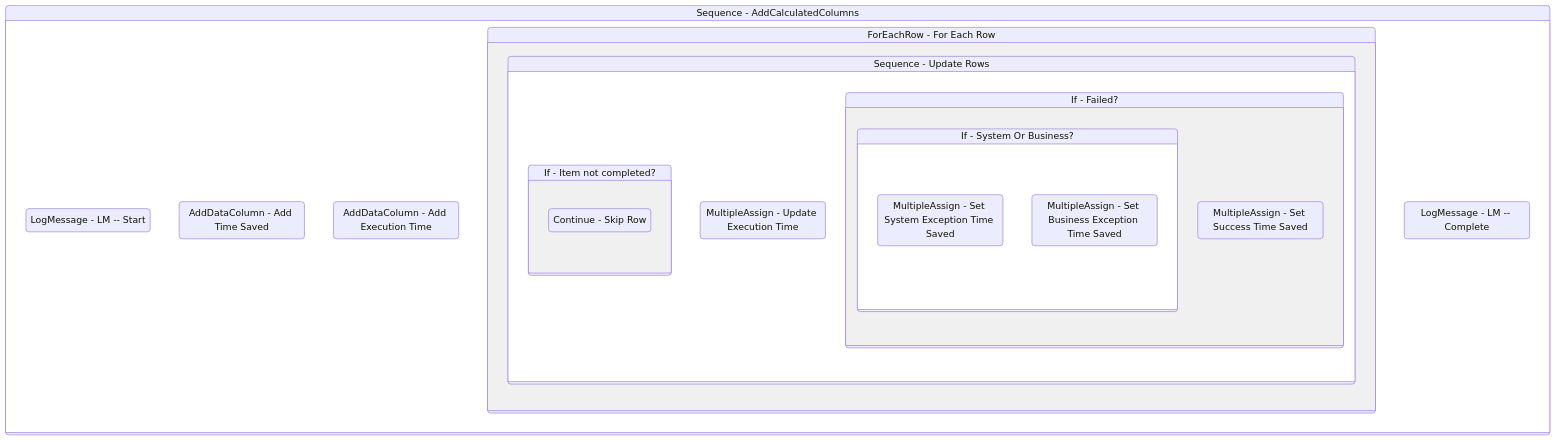
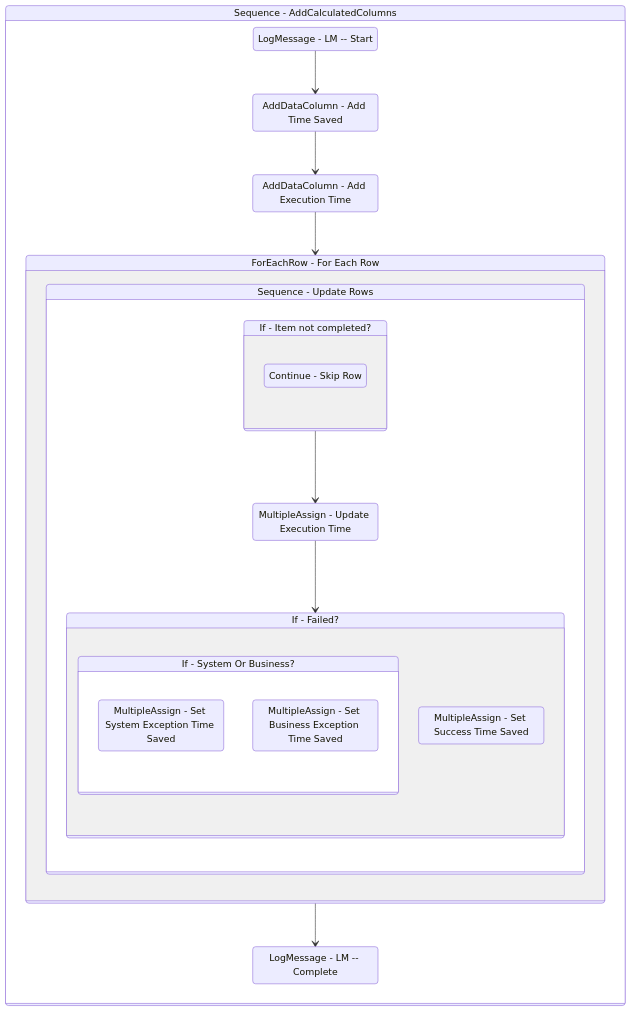
Before and after one commit to yashbrahmbhatt/LazyFramework: the diagram in Documentation/.templates/Reporters/Basic/Logic/AddCalculatedColumns.md, drawn with Mermaid. The commit also changed 78 other files, not shown here.

Commit message:
added handling of ifs in autodocs mermaid

````diff
--- a/Documentation/.templates/Reporters/Basic/Logic/AddCalculatedColumns.md
+++ b/Documentation/.templates/Reporters/Basic/Logic/AddCalculatedColumns.md
@@ -145,43 +145,47 @@
 ```mermaid
 stateDiagram-v2
 
 
 Sequence_1: Sequence - AddCalculatedColumns
 state Sequence_1 {
 direction TB
 LogMessage_1 : LogMessage - LM -- Start
 AddDataColumn1_2 : AddDataColumn - Add Time Saved
+LogMessage_1 --> AddDataColumn1_2
 AddDataColumn1_3 : AddDataColumn - Add Execution Time
-
+AddDataColumn1_2 --> AddDataColumn1_3
+AddDataColumn1_3 --> ForEachRow_1
 ForEachRow_1: ForEachRow - For Each Row
 state ForEachRow_1 {
 direction TB
 
 Sequence_6: Sequence - Update Rows
 state Sequence_6 {
 direction TB
 
 If_3: If - Item not completed?
 state If_3 {
 direction TB
 Continue_1 : Continue - Skip Row
 }
 MultipleAssign_4 : MultipleAssign - Update Execution Time
-
+If_3 --> MultipleAssign_4
+MultipleAssign_4 --> If_1
 If_1: If - Failed?
 state If_1 {
 direction TB
 
 If_2: If - System Or Business?
 state If_2 {
 direction TB
 MultipleAssign_1 : MultipleAssign - Set System Exception Time Saved
 MultipleAssign_2 : MultipleAssign - Set Business Exception Time Saved
 }
 MultipleAssign_3 : MultipleAssign - Set Success Time Saved
 }
 }
 }
 LogMessage_2 : LogMessage - LM -- Complete
+ForEachRow_1 --> LogMessage_2
 }
 ```
````
